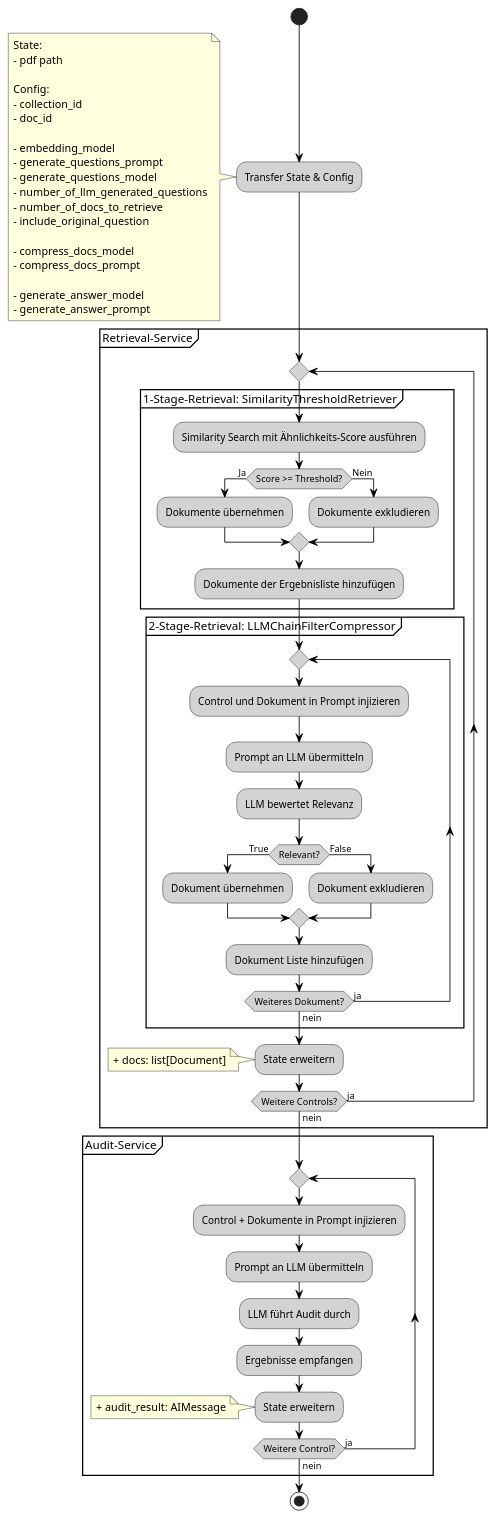
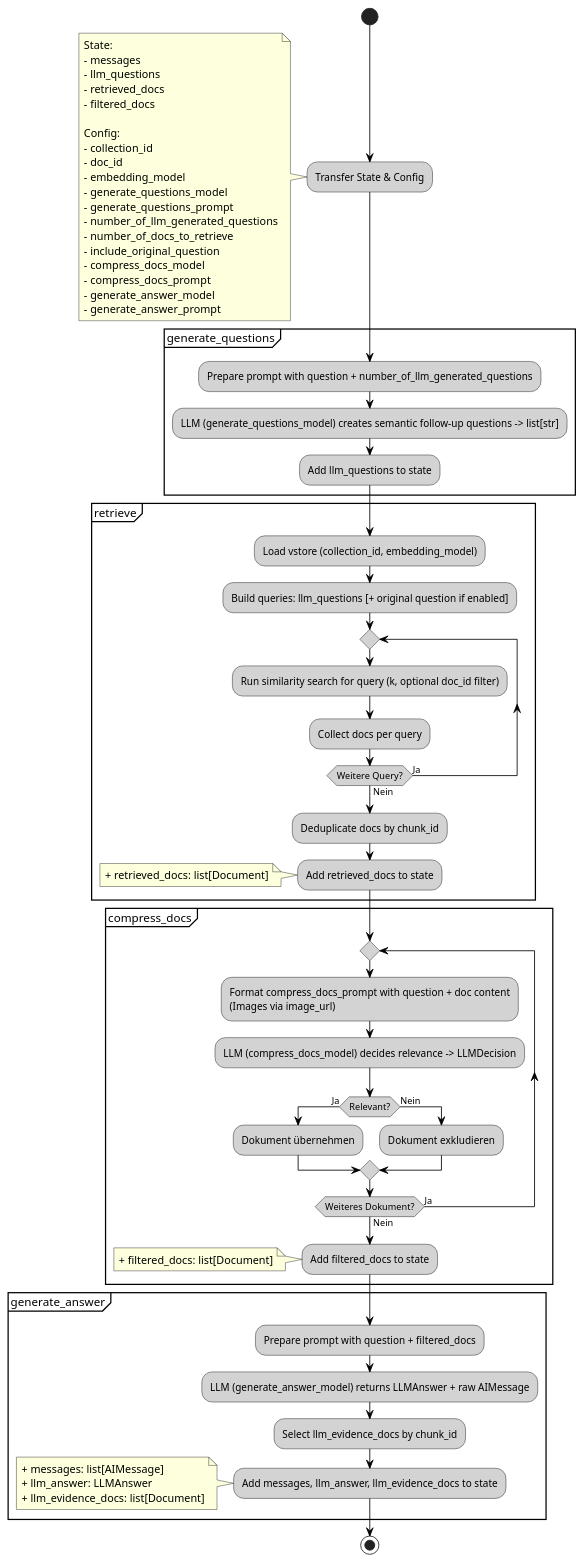
One commit to LJackson412/rag-core changed the diagram in docs/retrieval_graph.puml. Above: the diagram before and after it, drawn with PlantUML.

Commit message:
Update retrieval graph diagram

```diff
--- a/docs/retrieval_graph.puml
+++ b/docs/retrieval_graph.puml
@@ -1,93 +1,102 @@
 @startuml
 skinparam backgroundColor transparent
 skinparam shadowing false
 skinparam arrowColor black
 skinparam activityBackgroundColor lightgrey
 skinparam activityBorderColor black
 
 start
 
 :Transfer State & Config;
     note left
         State:
-        - pdf path
+        - messages
+        - llm_questions
+        - retrieved_docs
+        - filtered_docs
 
         Config:
         - collection_id
         - doc_id
-
         - embedding_model
+        - generate_questions_model
         - generate_questions_prompt
-        - generate_questions_model
         - number_of_llm_generated_questions
         - number_of_docs_to_retrieve
         - include_original_question
-
         - compress_docs_model
         - compress_docs_prompt
-
         - generate_answer_model
         - generate_answer_prompt
     end note
 
 
-partition "Retrieval-Service" {
+partition "generate_questions" {
 
-    repeat
-
-    partition "1-Stage-Retrieval: SimilarityThresholdRetriever" {
-      
- 
-        :Similarity Search mit Ähnlichkeits-Score ausführen;
-          if (Score >= Threshold?) then (Ja)
-            :Dokumente übernehmen;
-          else (Nein)
-            :Dokumente exkludieren;
-          endif
-        :Dokumente der Ergebnisliste hinzufügen;
-    }
-
-
-    partition "2-Stage-Retrieval: LLMChainFilterCompressor" {
-        repeat
-          :Control und Dokument in Prompt injizieren;
-          :Prompt an LLM übermitteln;
-          :LLM bewertet Relevanz;
-          if (Relevant?) then (True)
-              :Dokument übernehmen;
-            else (False)
-              :Dokument exkludieren;
-            endif
-          :Dokument Liste hinzufügen;
-        repeat while (Weiteres Dokument?) is (ja) not (nein);
-    }
-    :State erweitern;
-
-    note left
-    + docs: list[Document]
-    end note
-
-    repeat while (Weitere Controls?) is (ja) not (nein);
-   
+:Prepare prompt with question + number_of_llm_generated_questions;
+:LLM (generate_questions_model) creates semantic follow-up questions -> list[str];
+:Add llm_questions to state;
 
 }
 
 
-partition "Audit-Service" {
-    repeat
-        :Control + Dokumente in Prompt injizieren;
-        :Prompt an LLM übermitteln;
-        :LLM führt Audit durch;
-        :Ergebnisse empfangen;
-        :State erweitern;
-          note left
-          + audit_result: AIMessage
-          end note
-    repeat while (Weitere Control?) is (ja) not (nein);
- 
+partition "retrieve" {
+
+:Load vstore (collection_id, embedding_model);
+:Build queries: llm_questions [+ original question if enabled];
+repeat
+
+    :Run similarity search for query (k, optional doc_id filter);
+    :Collect docs per query;
+
+repeat while (Weitere Query?) is (Ja) not (Nein)
+
+:Deduplicate docs by chunk_id;
+:Add retrieved_docs to state;
+    note left
+        + retrieved_docs: list[Document]
+    end note
+
 }
 
+
+partition "compress_docs" {
+
+repeat
+
+    :Format compress_docs_prompt with question + doc content
+    (Images via image_url);
+    :LLM (compress_docs_model) decides relevance -> LLMDecision;
+    if (Relevant?) then (Ja)
+        :Dokument übernehmen;
+    else (Nein)
+        :Dokument exkludieren;
+    endif
+
+repeat while (Weiteres Dokument?) is (Ja) not (Nein)
+
+:Add filtered_docs to state;
+    note left
+        + filtered_docs: list[Document]
+    end note
+
+}
+
+
+partition "generate_answer" {
+
+:Prepare prompt with question + filtered_docs;
+:LLM (generate_answer_model) returns LLMAnswer + raw AIMessage;
+:Select llm_evidence_docs by chunk_id;
+:Add messages, llm_answer, llm_evidence_docs to state;
+    note left
+        + messages: list[AIMessage]
+        + llm_answer: LLMAnswer
+        + llm_evidence_docs: list[Document]
+    end note
+
+}
 
 
 stop
 @enduml
```
